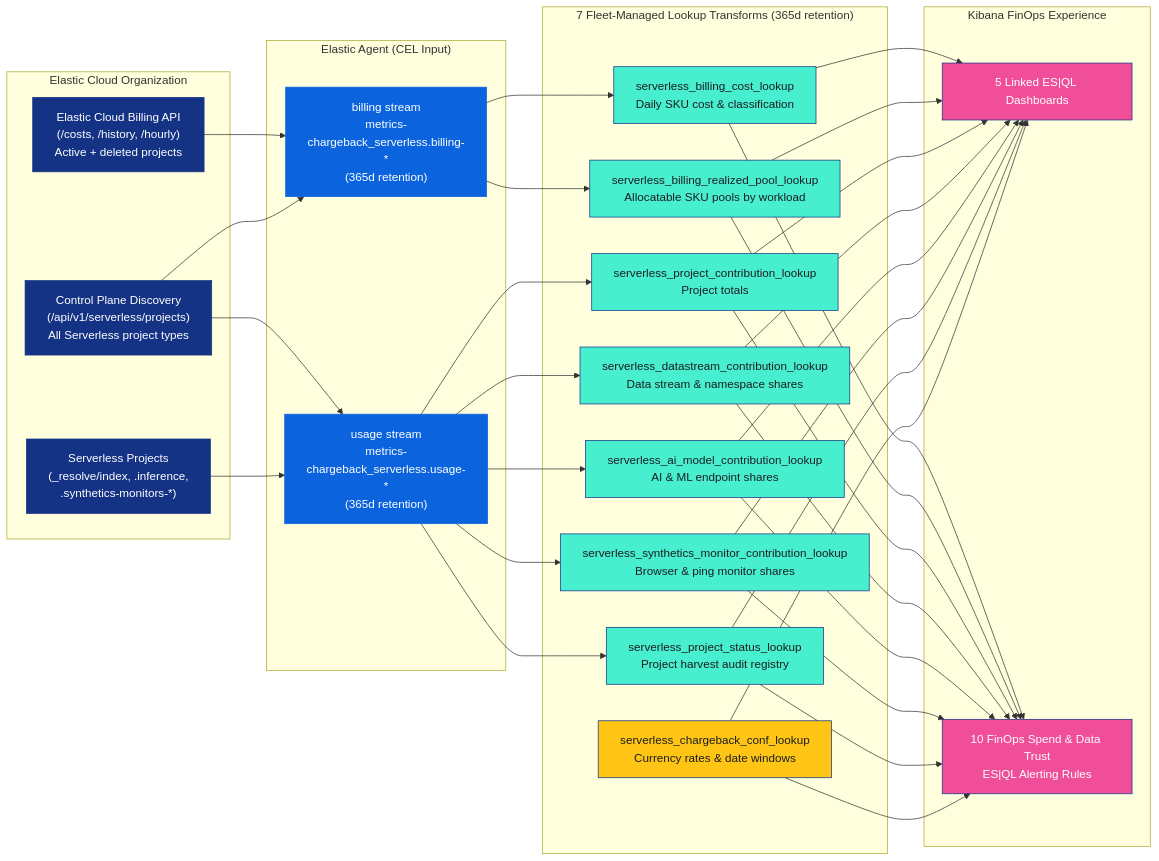
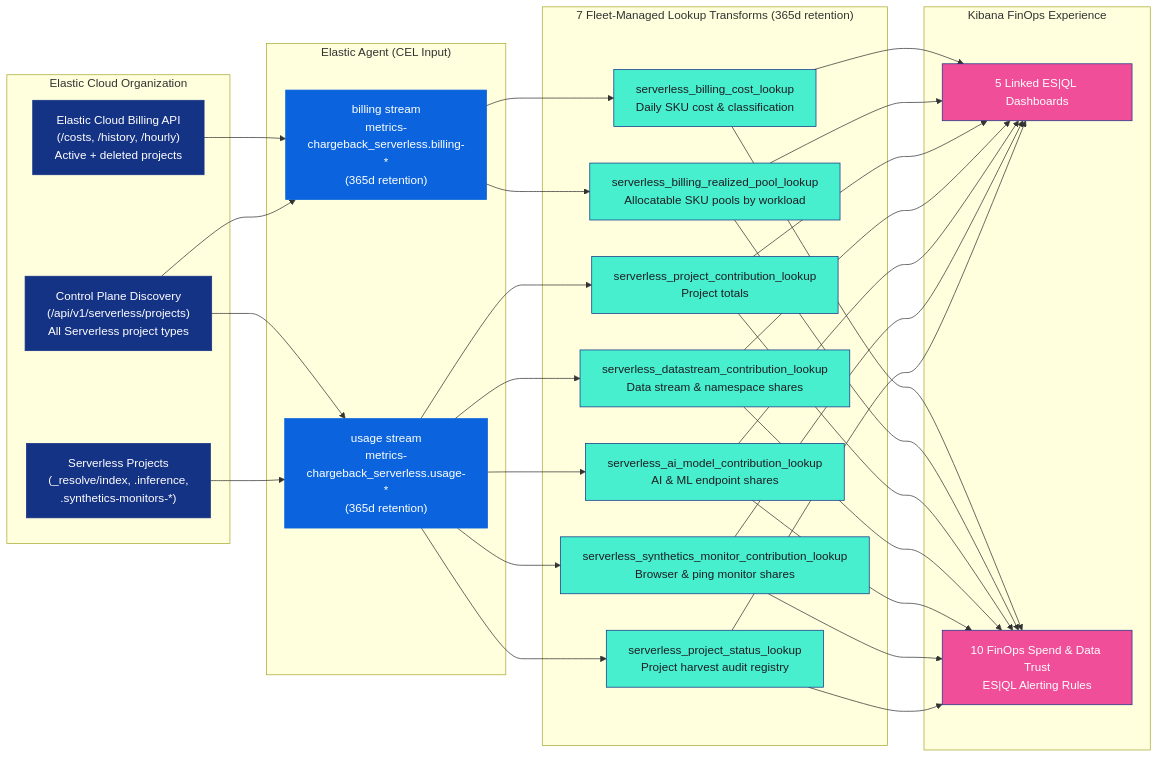
One commit to elastic/elasticsearch-chargeback changed the diagram in integrations/chargeback-serverless/README.md. Above: the diagram before and after it, drawn with Mermaid. The commit also changed other lines of this file and 9 other files, not shown here.

First line of the commit message:
fix(chargeback-serverless): fix CEL ingestion, SKU reconciliation, storage fallback, and docs drift

````diff
--- a/integrations/chargeback-serverless/README.md
+++ b/integrations/chargeback-serverless/README.md
@@ -9,42 +9,41 @@
 ```mermaid
 flowchart LR
     subgraph Cloud["Elastic Cloud Organization"]
         BillingAPI["Elastic Cloud Billing API<br/>(/costs, /history, /hourly)<br/>Active + deleted projects"]:::navy
         CtrlPlane["Control Plane Discovery<br/>(/api/v1/serverless/projects)<br/>All Serverless project types"]:::navy
         Projects["Serverless Projects<br/>(_resolve/index, .inference,<br/>.synthetics-monitors-*)"]:::navy
     end
 
     subgraph Agent["Elastic Agent (CEL Input)"]
         BStream["billing stream<br/>metrics-chargeback_serverless.billing-*<br/>(365d retention)"]:::blue
         UStream["usage stream<br/>metrics-chargeback_serverless.usage-*<br/>(365d retention)"]:::blue
     end
 
     subgraph Transforms["7 Fleet-Managed Lookup Transforms (365d retention)"]
         L1["serverless_billing_cost_lookup<br/>Daily SKU cost & classification"]:::mint
         L2["serverless_billing_realized_pool_lookup<br/>Allocatable SKU pools by workload"]:::mint
         L3["serverless_project_contribution_lookup<br/>Project totals"]:::mint
         L4["serverless_datastream_contribution_lookup<br/>Data stream & namespace shares"]:::mint
         L5["serverless_ai_model_contribution_lookup<br/>AI & ML endpoint shares"]:::mint
         L6["serverless_synthetics_monitor_contribution_lookup<br/>Browser & ping monitor shares"]:::mint
         L7["serverless_project_status_lookup<br/>Project harvest audit registry"]:::mint
-        Conf["serverless_chargeback_conf_lookup<br/>Currency rates & date windows"]:::yellow
     end
 
     subgraph Kibana["Kibana FinOps Experience"]
         Dash["5 Linked ES|QL Dashboards"]:::pink
         Rules["10 FinOps Spend & Data Trust<br/>ES|QL Alerting Rules"]:::pink
     end
 
     BillingAPI --> BStream
     CtrlPlane --> BStream & UStream
     Projects --> UStream
     BStream --> L1 & L2
     UStream --> L3 & L4 & L5 & L6 & L7
-    L1 & L2 & L3 & L4 & L5 & L6 & L7 & Conf --> Dash & Rules
+    L1 & L2 & L3 & L4 & L5 & L6 & L7 --> Dash & Rules
 
     classDef navy fill:#153385,stroke:#153385,color:#FFFFFF
     classDef blue fill:#0B64DD,stroke:#0B64DD,color:#FFFFFF
     classDef mint fill:#48EFCF,stroke:#153385,color:#1C1E23
     classDef yellow fill:#FEC514,stroke:#153385,color:#1C1E23
     classDef pink fill:#F04E98,stroke:#153385,color:#FFFFFF
 ```
````
